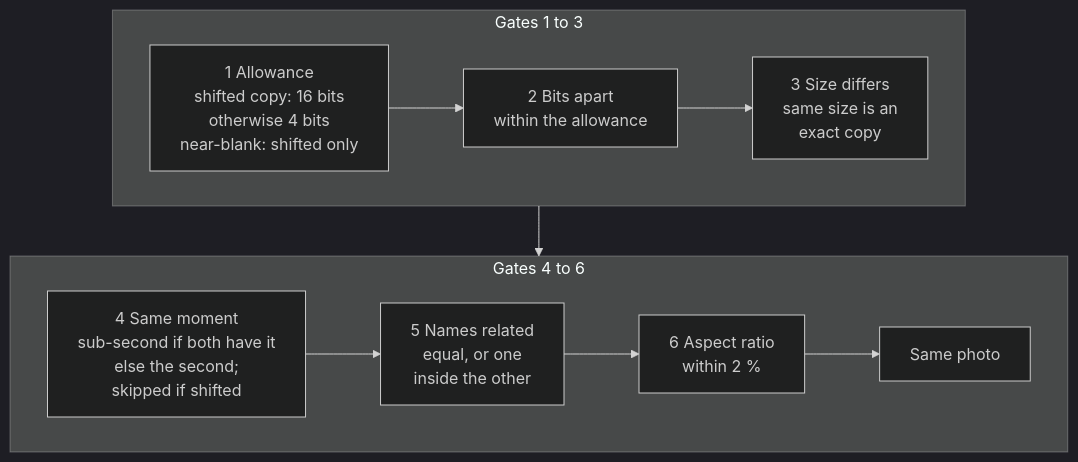
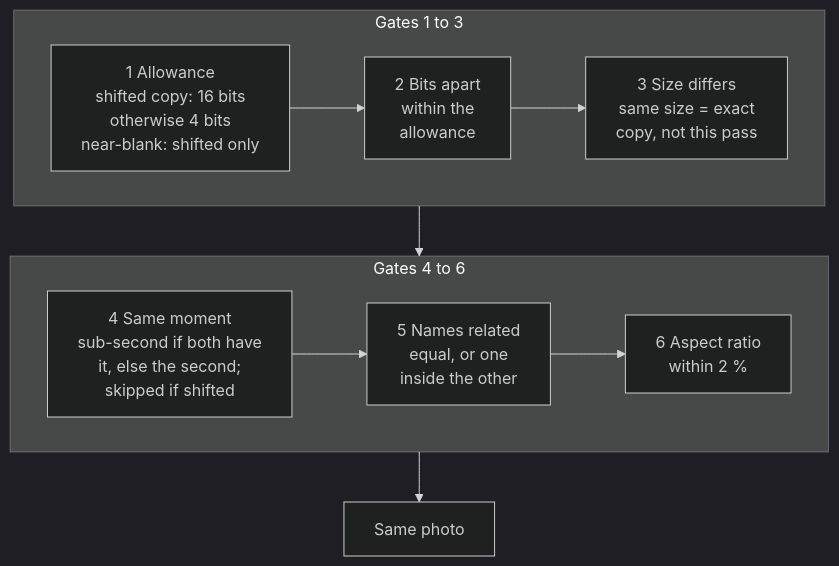
One commit to AxialForge/Lunelis changed the fourth of 6 diagrams in docs/src/engine-duplicates.md. Above: the diagram before and after it, drawn with Mermaid (dark theme). The commit also changed other lines of this file and 3 other files, not shown here.

Commit message:
Kit: keep table header and last rows with their neighbours, taller figures, diagram and table guidance in the style guide

````diff
--- a/docs/src/engine-duplicates.md
+++ b/docs/src/engine-duplicates.md
@@ -175,12 +185,13 @@
 ```mermaid The near-duplicate decision: six gates, in code order, with the real thresholds. Any failed gate rejects the pair.
 flowchart TB
   subgraph R1["Gates 1 to 3"]
     direction LR
-    G1["1 Allowance<br>shifted copy: 16 bits<br>otherwise 4 bits<br>near-blank: shifted only"] --> G2["2 Bits apart<br>within the allowance"] --> G3["3 Size differs<br>same size is an<br>exact copy"]
+    G1["1 Allowance<br>shifted copy: 16 bits<br>otherwise 4 bits<br>near-blank: shifted only"] --> G2["2 Bits apart<br>within the<br>allowance"] --> G3["3 Size differs<br>same size = exact<br>copy, not this pass"]
   end
   subgraph R2["Gates 4 to 6"]
     direction LR
-    G4["4 Same moment<br>sub-second if both have it<br>else the second;<br>skipped if shifted"] --> G5["5 Names related<br>equal, or one<br>inside the other"] --> G6["6 Aspect ratio<br>within 2 %"] --> OK["Same photo"]
+    G4["4 Same moment<br>sub-second if both have<br>it, else the second;<br>skipped if shifted"] --> G5["5 Names related<br>equal, or one<br>inside the other"] --> G6["6 Aspect ratio<br>within 2 %"]
   end
   R1 --> R2
+  R2 --> OK["Same photo"]
 ```
````
